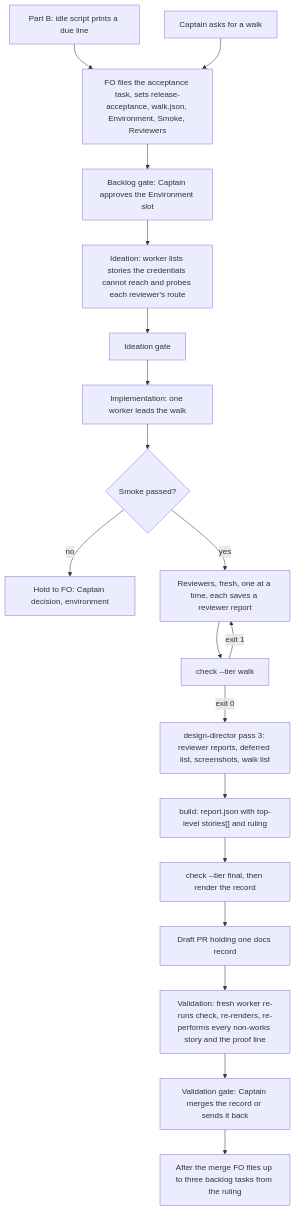
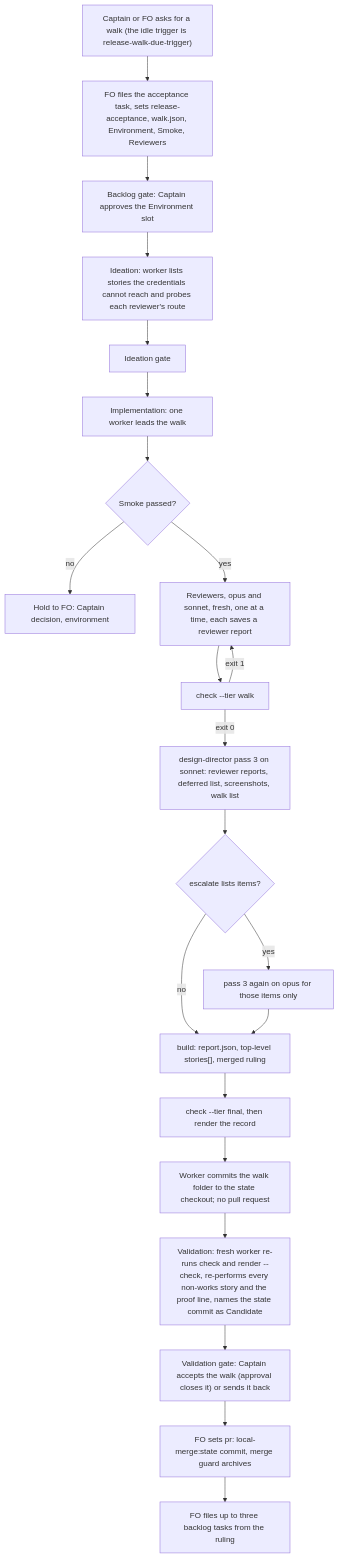
One commit to iamcxa/kc-claude-plugins changed the diagram in release-walk-picky-reviewers-and-director.md. Above: the diagram before and after it, drawn with Mermaid. The commit also changed other lines of this file, not shown here.

Commit message:
state: ideation cycle 2 for release-walk-picky-reviewers-and-director

````diff
--- a/release-walk-picky-reviewers-and-director.md
+++ b/release-walk-picky-reviewers-and-director.md
@@ -78,21 +79,24 @@
 ```mermaid
 flowchart TD
-    DUE["Part B: idle script prints a due line"] --> FILE["FO files the acceptance task, sets release-acceptance, walk.json, Environment, Smoke, Reviewers"]
-    ASK["Captain asks for a walk"] --> FILE
+    ASK["Captain or FO asks for a walk (the idle trigger is release-walk-due-trigger)"] --> FILE["FO files the acceptance task, sets release-acceptance, walk.json, Environment, Smoke, Reviewers"]
     FILE --> G1["Backlog gate: Captain approves the Environment slot"]
     G1 --> ID["Ideation: worker lists stories the credentials cannot reach and probes each reviewer's route"]
     ID --> G2["Ideation gate"]
     G2 --> IM["Implementation: one worker leads the walk"]
     IM --> S{"Smoke passed?"}
     S -- no --> H["Hold to FO: Captain decision, environment"]
-    S -- yes --> R["Reviewers, fresh, one at a time, each saves a reviewer report"]
+    S -- yes --> R["Reviewers, opus and sonnet, fresh, one at a time, each saves a reviewer report"]
     R --> C1["check --tier walk"]
     C1 -- "exit 1" --> R
-    C1 -- "exit 0" --> D["design-director pass 3: reviewer reports, deferred list, screenshots, walk list"]
-    D --> B["build: report.json with top-level stories[] and ruling"]
+    C1 -- "exit 0" --> D["design-director pass 3 on sonnet: reviewer reports, deferred list, screenshots, walk list"]
+    D --> E{"escalate lists items?"}
+    E -- yes --> D2["pass 3 again on opus for those items only"]
+    E -- no --> B
+    D2 --> B["build: report.json, top-level stories[], merged ruling"]
     B --> C2["check --tier final, then render the record"]
-    C2 --> PR["Draft PR holding one docs record"]
-    PR --> V["Validation: fresh worker re-runs check, re-renders, re-performs every non-works story and the proof line"]
-    V --> G3["Validation gate: Captain merges the record or sends it back"]
-    G3 --> T["After the merge FO files up to three backlog tasks from the ruling"]
+    C2 --> CM["Worker commits the walk folder to the state checkout; no pull request"]
+    CM --> V["Validation: fresh worker re-runs check and render --check, re-performs every non-works story and the proof line, names the state commit as Candidate"]
+    V --> G3["Validation gate: Captain accepts the walk (approval closes it) or sends it back"]
+    G3 --> CL["FO sets pr: local-merge:state commit, merge guard archives"]
+    CL --> T["FO files up to three backlog tasks from the ruling"]
 ```
````
